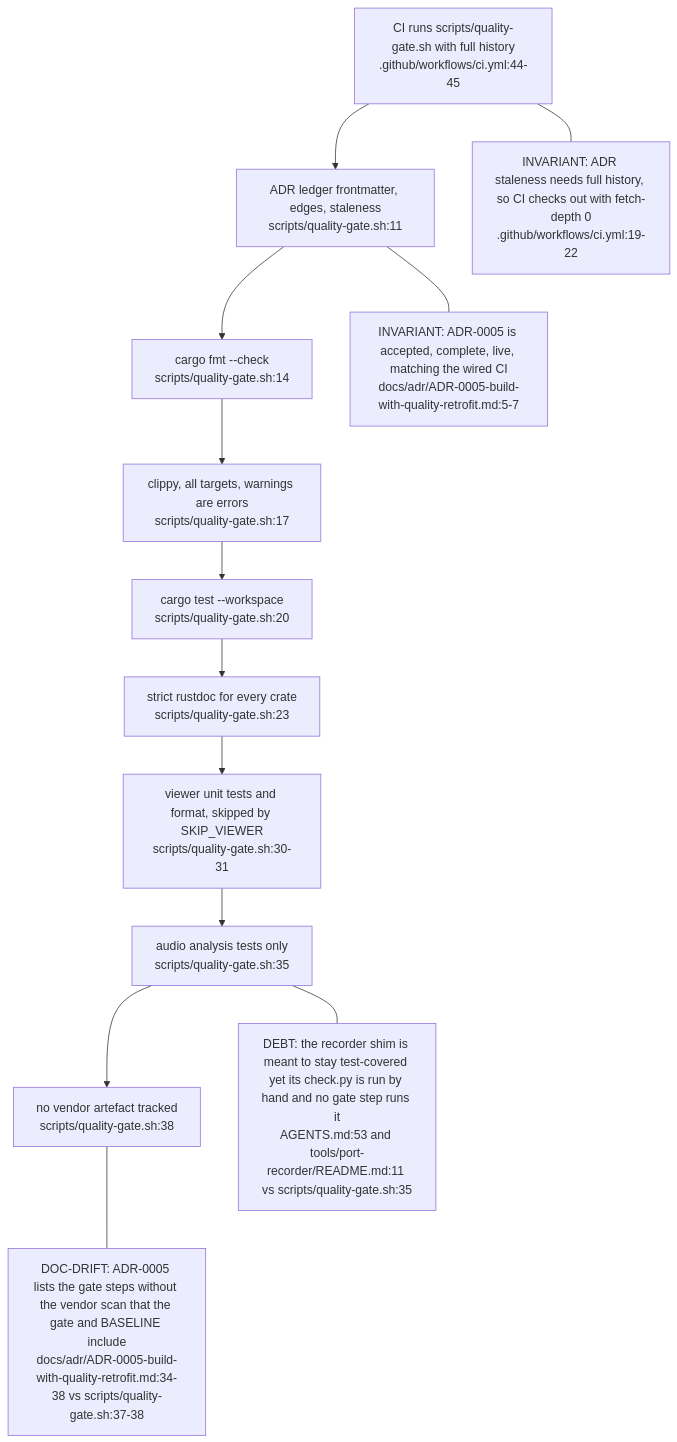
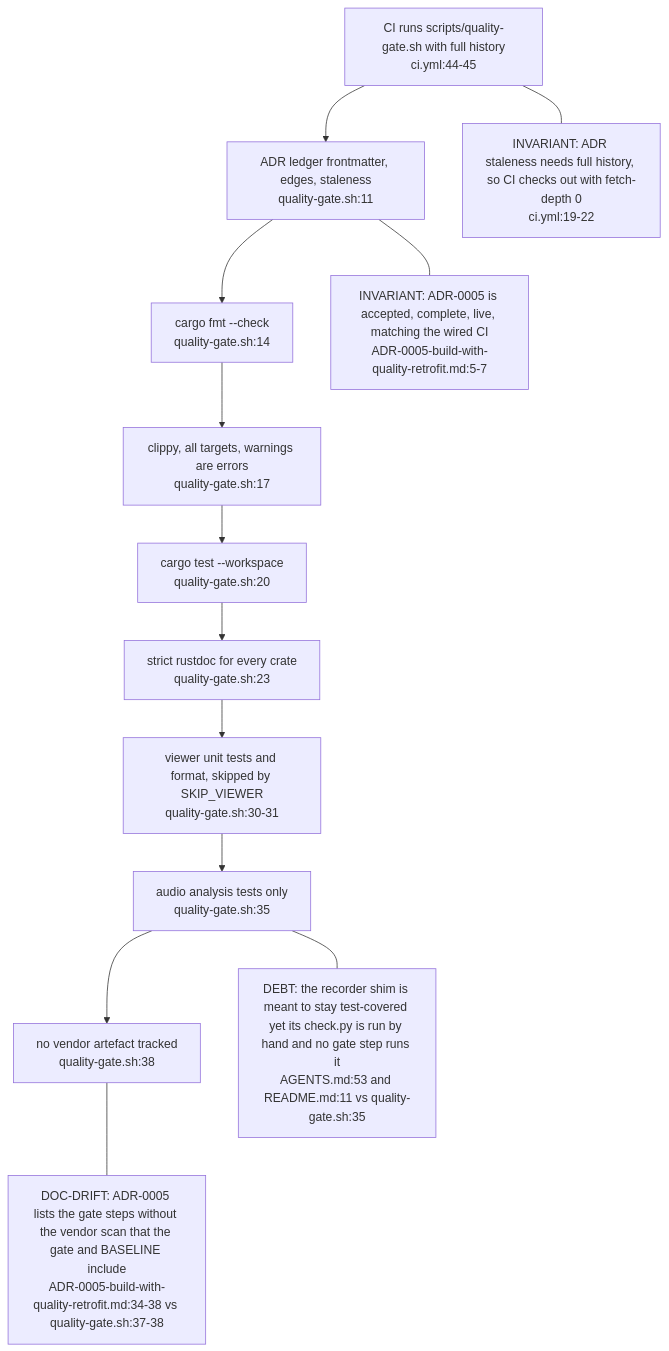
The fourth of 4 diagrams in docs/diagrams/visiontouch-rs/06-tools-and-evidence-path.md (DreamLab-AI/VisionFlow), drawn with Mermaid before and after one commit. The commit also changed other lines of this file and 27 other files, not shown here.

````diff
--- a/docs/diagrams/visiontouch-rs/06-tools-and-evidence-path.md
+++ b/docs/diagrams/visiontouch-rs/06-tools-and-evidence-path.md
@@ -109,22 +111,22 @@
 ```mermaid
 flowchart TB
-    G1["ADR ledger frontmatter, edges, staleness<br/>scripts/quality-gate.sh:11"]
-    G2["cargo fmt --check<br/>scripts/quality-gate.sh:14"]
-    G3["clippy, all targets, warnings are errors<br/>scripts/quality-gate.sh:17"]
-    G4["cargo test --workspace<br/>scripts/quality-gate.sh:20"]
-    G5["strict rustdoc for every crate<br/>scripts/quality-gate.sh:23"]
-    G6["viewer unit tests and format, skipped by SKIP_VIEWER<br/>scripts/quality-gate.sh:30-31"]
-    G7["audio analysis tests only<br/>scripts/quality-gate.sh:35"]
-    G8["no vendor artefact tracked<br/>scripts/quality-gate.sh:38"]
-    CI["CI runs scripts/quality-gate.sh with full history<br/>.github/workflows/ci.yml:44-45"]
+    G1["ADR ledger frontmatter, edges, staleness<br/>quality-gate.sh:11"]
+    G2["cargo fmt --check<br/>quality-gate.sh:14"]
+    G3["clippy, all targets, warnings are errors<br/>quality-gate.sh:17"]
+    G4["cargo test --workspace<br/>quality-gate.sh:20"]
+    G5["strict rustdoc for every crate<br/>quality-gate.sh:23"]
+    G6["viewer unit tests and format, skipped by SKIP_VIEWER<br/>quality-gate.sh:30-31"]
+    G7["audio analysis tests only<br/>quality-gate.sh:35"]
+    G8["no vendor artefact tracked<br/>quality-gate.sh:38"]
+    CI["CI runs scripts/quality-gate.sh with full history<br/>ci.yml:44-45"]
     G1 --> G2 --> G3 --> G4 --> G5 --> G6 --> G7 --> G8
     CI --> G1
-    N1["INVARIANT: ADR staleness needs full history, so CI checks out with fetch-depth 0<br/>.github/workflows/ci.yml:19-22"]
-    N2["DEBT: the recorder shim is meant to stay test-covered yet its check.py is run by hand and no gate step runs it<br/>AGENTS.md:53 and tools/port-recorder/README.md:11 vs scripts/quality-gate.sh:35"]
-    N3["DOC-DRIFT: ADR-0005 lists the gate steps without the vendor scan that the gate and BASELINE include<br/>docs/adr/ADR-0005-build-with-quality-retrofit.md:34-38 vs scripts/quality-gate.sh:37-38"]
-    N4["INVARIANT: ADR-0005 is accepted, complete, live, matching the wired CI<br/>docs/adr/ADR-0005-build-with-quality-retrofit.md:5-7"]
+    N1["INVARIANT: ADR staleness needs full history, so CI checks out with fetch-depth 0<br/>ci.yml:19-22"]
+    N2["DEBT: the recorder shim is meant to stay test-covered yet its check.py is run by hand and no gate step runs it<br/>AGENTS.md:53 and README.md:11 vs quality-gate.sh:35"]
+    N3["DOC-DRIFT: ADR-0005 lists the gate steps without the vendor scan that the gate and BASELINE include<br/>ADR-0005-build-with-quality-retrofit.md:34-38 vs quality-gate.sh:37-38"]
+    N4["INVARIANT: ADR-0005 is accepted, complete, live, matching the wired CI<br/>ADR-0005-build-with-quality-retrofit.md:5-7"]
     CI --- N1
     G7 --- N2
     G8 --- N3
     G1 --- N4
 ```
````
